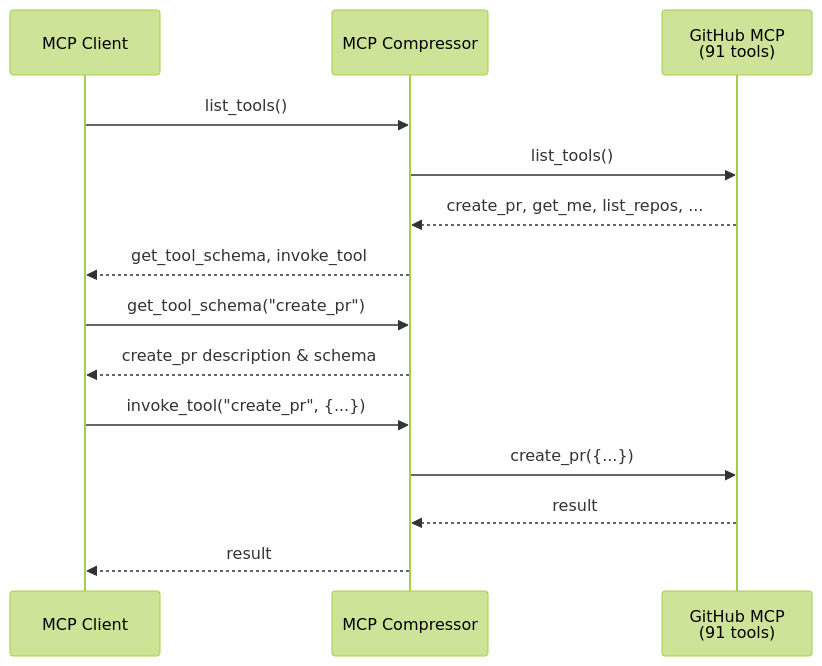
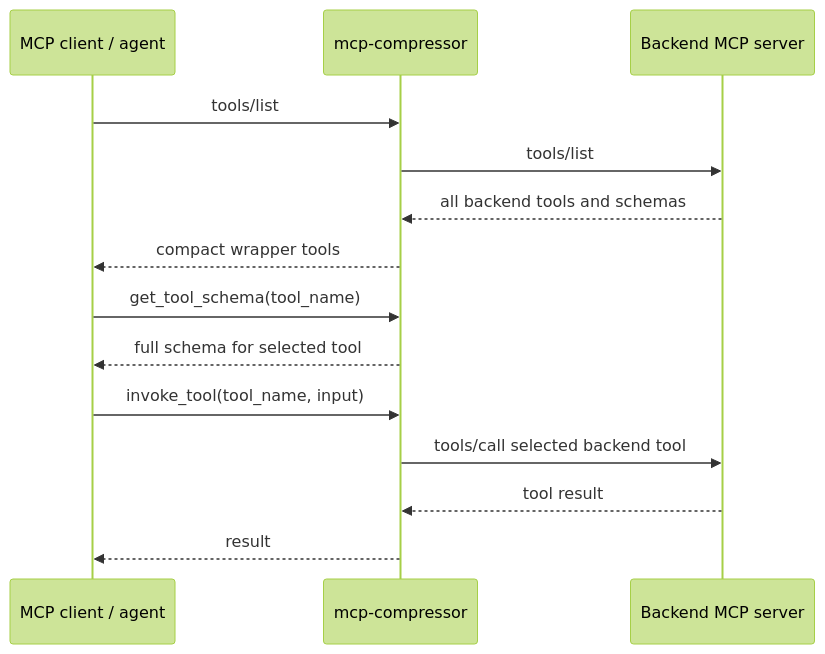
The first of 2 diagrams in README.md (atlassian-labs/mcp-compressor), drawn with Mermaid (forest theme) before and after one commit. The commit also changed other lines of this file and 2 other files, not shown here.

````diff
--- a/README.md
+++ b/README.md
@@ -418,19 +32,17 @@
 ```mermaid
 sequenceDiagram
-    participant Client as MCP Client
-    participant Compressor as MCP Compressor
-    participant Server as GitHub MCP<br/>(91 tools)
+    participant Client as MCP client / agent
+    participant Proxy as mcp-compressor
+    participant Backend as Backend MCP server
 
-    Client->>Compressor: list_tools()
-    Compressor->>Server: list_tools()
-    Server-->>Compressor: create_pr, get_me, list_repos, ...
-    Compressor-->>Client: get_tool_schema, invoke_tool
-
-    Client->>Compressor: get_tool_schema("create_pr")
-    Compressor-->>Client: create_pr description & schema
-
-    Client->>Compressor: invoke_tool("create_pr", {...})
-    Compressor->>Server: create_pr({...})
-    Server-->>Compressor: result
-    Compressor-->>Client: result
+    Client->>Proxy: tools/list
+    Proxy->>Backend: tools/list
+    Backend-->>Proxy: all backend tools and schemas
+    Proxy-->>Client: compact wrapper tools
+    Client->>Proxy: get_tool_schema(tool_name)
+    Proxy-->>Client: full schema for selected tool
+    Client->>Proxy: invoke_tool(tool_name, input)
+    Proxy->>Backend: tools/call selected backend tool
+    Backend-->>Proxy: tool result
+    Proxy-->>Client: result
 ```
````
